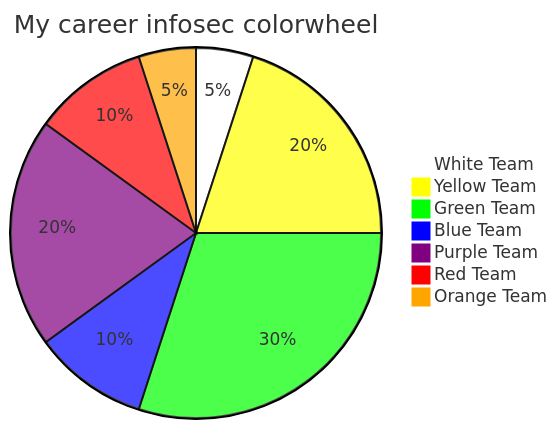
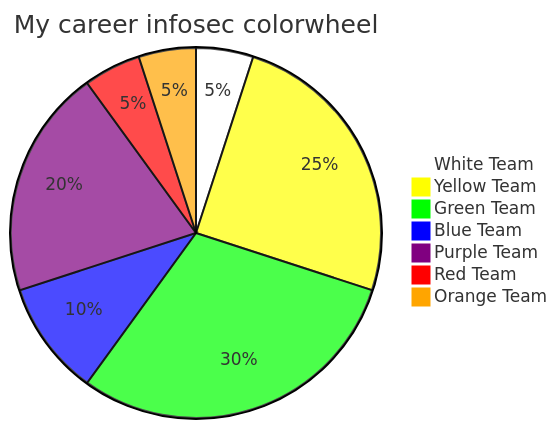
The diagram in README.md (felickz/felickz), drawn with Mermaid before and after one commit.

Commit message:
more yellow, less red

````diff
--- a/README.md
+++ b/README.md
@@ -4,13 +4,13 @@
 ```mermaid
 %%{init: {'theme': 'base', 'themeVariables': { 'pie1': '#FFFFFF', 'pie2': '#FFFF00', 'pie3': '#00FF00', 'pie4': '#0000FF', 'pie5': '#800080', 'pie6': '#ff0000', 'pie7': '#FFA500'}}}%%
 pie
   title My career infosec colorwheel
   "White Team" : 5
-  "Yellow Team" : 20
+  "Yellow Team" : 25
   "Green Team" : 30
   "Blue Team" : 10
   "Purple Team" : 20
-  "Red Team" : 10
+  "Red Team" : 5
   "Orange Team" : 5
   
 ```
````
